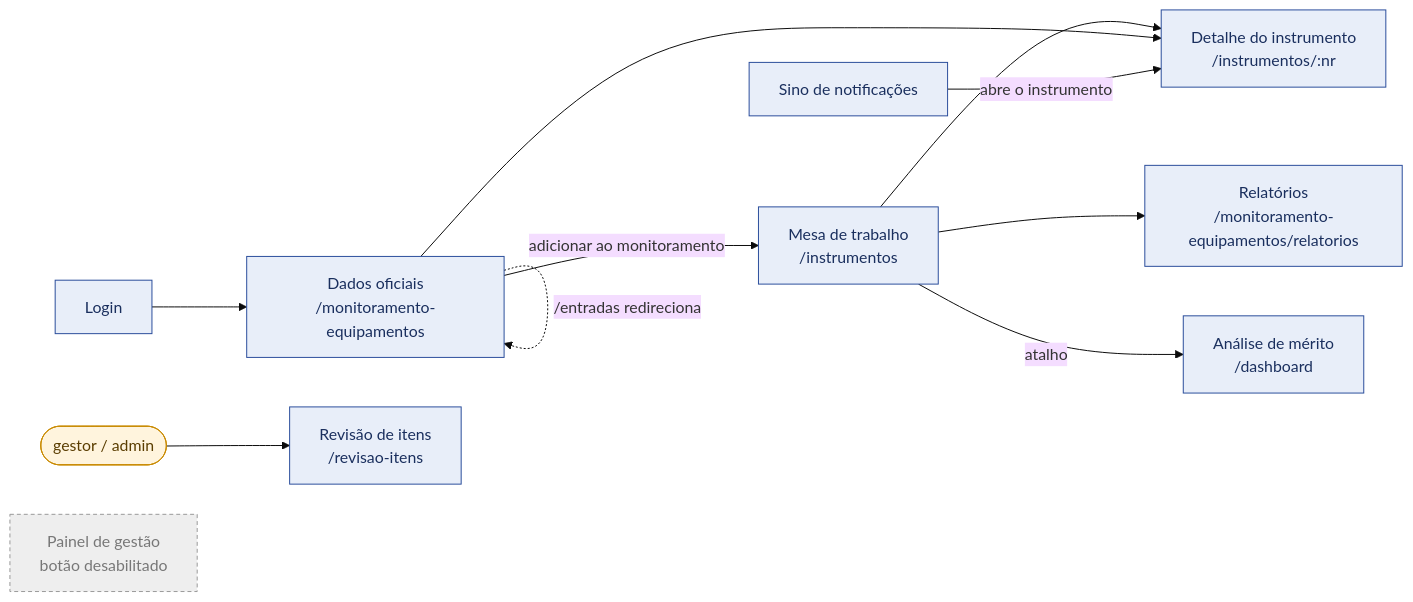
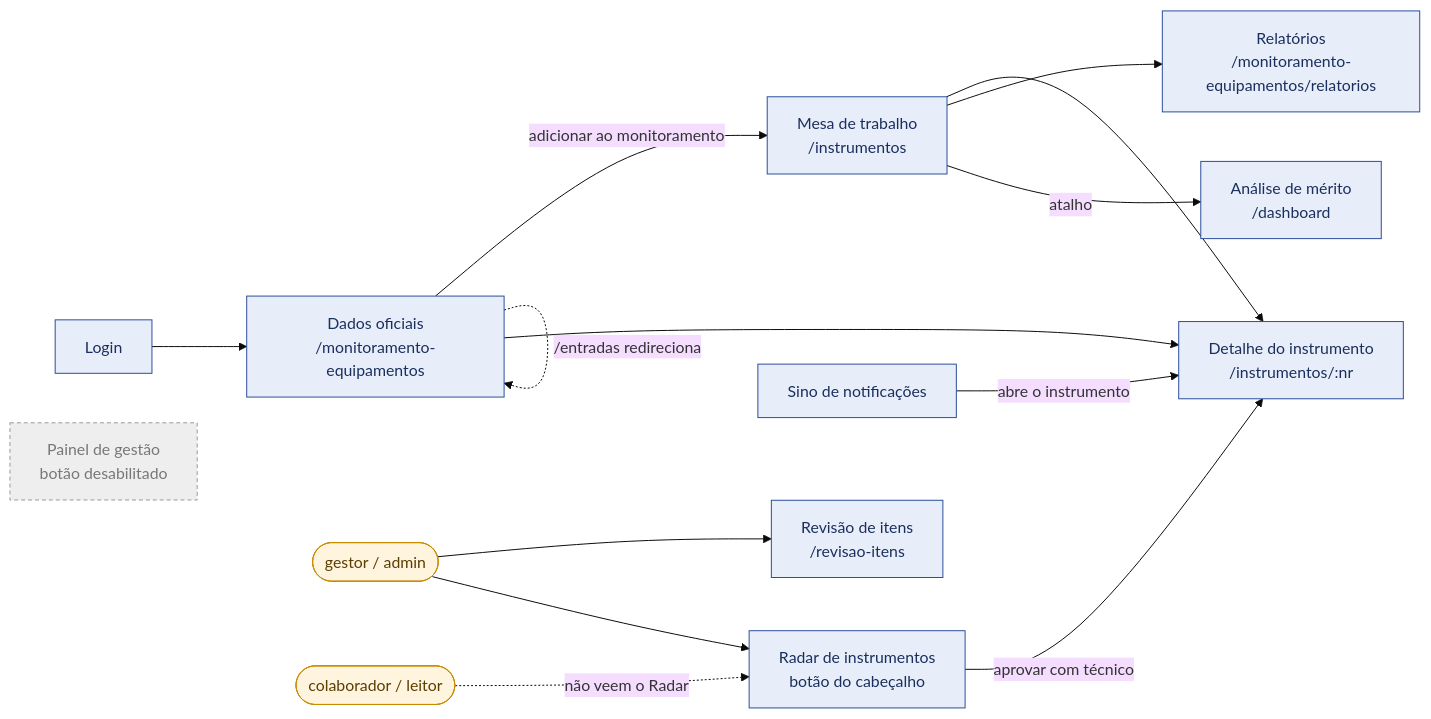
One commit to devs-ministerio/par_equipamentos changed the first of 11 diagrams in docs/arquitetura/mapa-monitoramento-interno-2026-11-19.md. Above: the diagram before and after it, drawn with Mermaid (base theme). The commit also changed other lines of this file and 2 other files, not shown here.

Commit message:
docs: mapa do monitoramento (revisão 2) e trava de edição no instrumento concluído

````diff
--- a/docs/arquitetura/mapa-monitoramento-interno-2026-11-19.md
+++ b/docs/arquitetura/mapa-monitoramento-interno-2026-11-19.md
@@ -9,18 +11,20 @@
 ```mermaid
 flowchart LR
     classDef tela fill:#E8EEF9,stroke:#2A4D9B,color:#1a2f5e
     classDef off fill:#eee,stroke:#999,color:#777,stroke-dasharray:4 3
     classDef perfil fill:#FFF4DD,stroke:#C98A00,color:#5a3d00
 
     LOGIN["Login"]:::tela --> DADOS["Dados oficiais<br/>/monitoramento-equipamentos"]:::tela
     DADOS -->|"adicionar ao monitoramento"| MESA
     DADOS -. "/entradas redireciona" .-> DADOS
     MESA["Mesa de trabalho<br/>/instrumentos"]:::tela --> DET["Detalhe do instrumento<br/>/instrumentos/:nr"]:::tela
     DADOS --> DET
     MESA --> REL["Relatórios<br/>/monitoramento-equipamentos/relatorios"]:::tela
     MESA -->|"atalho"| MERITO["Análise de mérito<br/>/dashboard"]:::tela
-    REV["Revisão de itens<br/>/revisao-itens"]:::tela
-    GEST(["gestor / admin"]):::perfil --> REV
+    GEST(["gestor / admin"]):::perfil --> REV["Revisão de itens<br/>/revisao-itens"]:::tela
+    GEST --> RADAR["Radar de instrumentos<br/>botão do cabeçalho"]:::tela
+    OUTROS(["colaborador / leitor"]):::perfil -. "não veem o Radar" .-> RADAR
+    RADAR -->|"aprovar com técnico"| DET
     PAINEL["Painel de gestão<br/>botão desabilitado"]:::off
     SINO["Sino de notificações"]:::tela -->|"abre o instrumento"| DET
 ```
````
